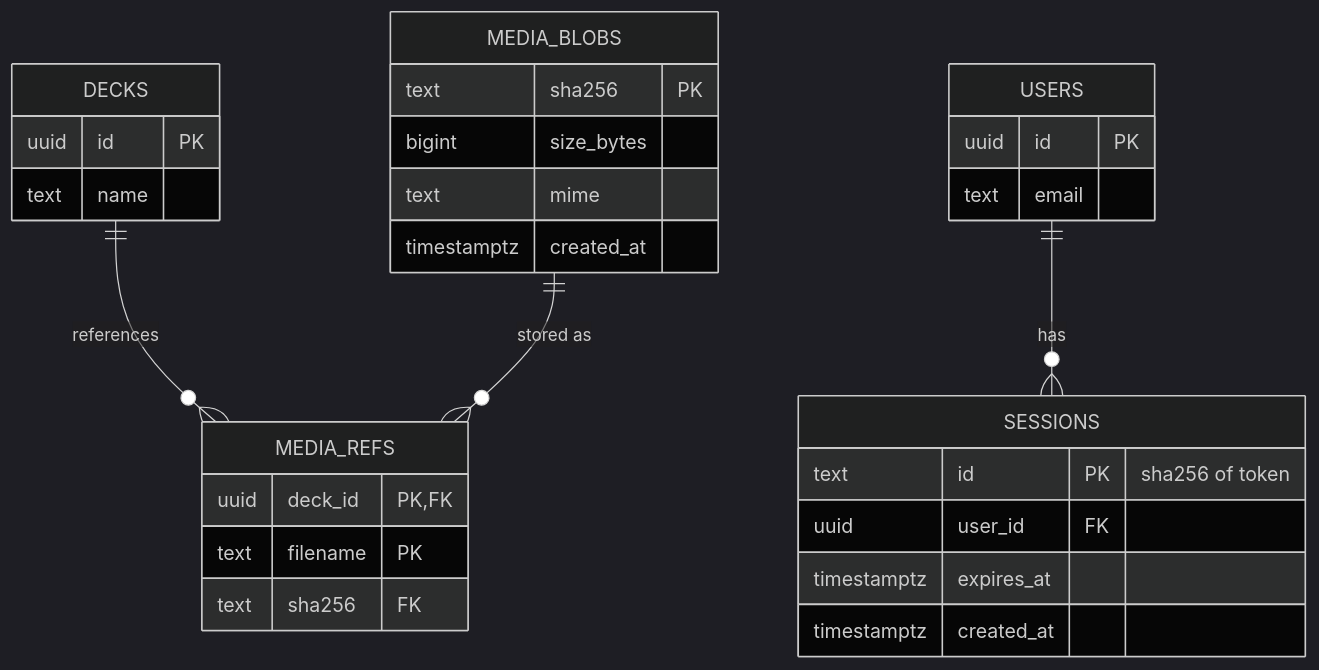
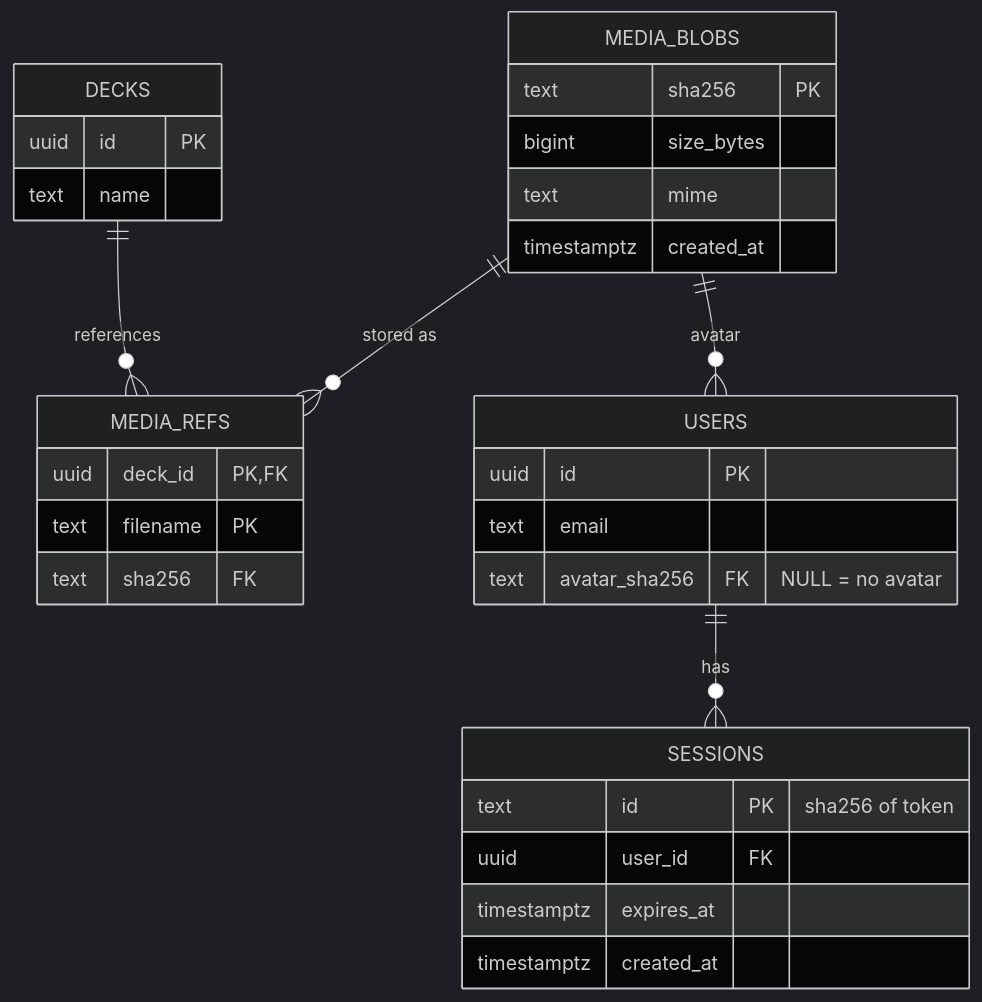
Before and after one commit to Jolls/deckshare: the fifth of 5 diagrams in docs/schema-diagram.md, drawn with Mermaid (dark theme). The commit also changed other lines of this file and 21 other files, not shown here.

````diff
--- a/docs/schema-diagram.md
+++ b/docs/schema-diagram.md
@@ -427,36 +429,38 @@
 ```mermaid
 erDiagram
     DECKS ||--o{ MEDIA_REFS : "references"
     MEDIA_BLOBS ||--o{ MEDIA_REFS : "stored as"
+    MEDIA_BLOBS ||--o{ USERS : "avatar"
     USERS ||--o{ SESSIONS : "has"
 
     DECKS {
         uuid id PK
         text name
     }
 
     MEDIA_BLOBS {
         text sha256 PK
         bigint size_bytes
         text mime
         timestamptz created_at
     }
 
     MEDIA_REFS {
         uuid deck_id PK,FK
         text filename PK
         text sha256 FK
     }
 
     USERS {
         uuid id PK
         text email
+        text avatar_sha256 FK "NULL = no avatar"
     }
 
     SESSIONS {
         text id PK "sha256 of token"
         uuid user_id FK
         timestamptz expires_at
         timestamptz created_at
     }
 ```
````
